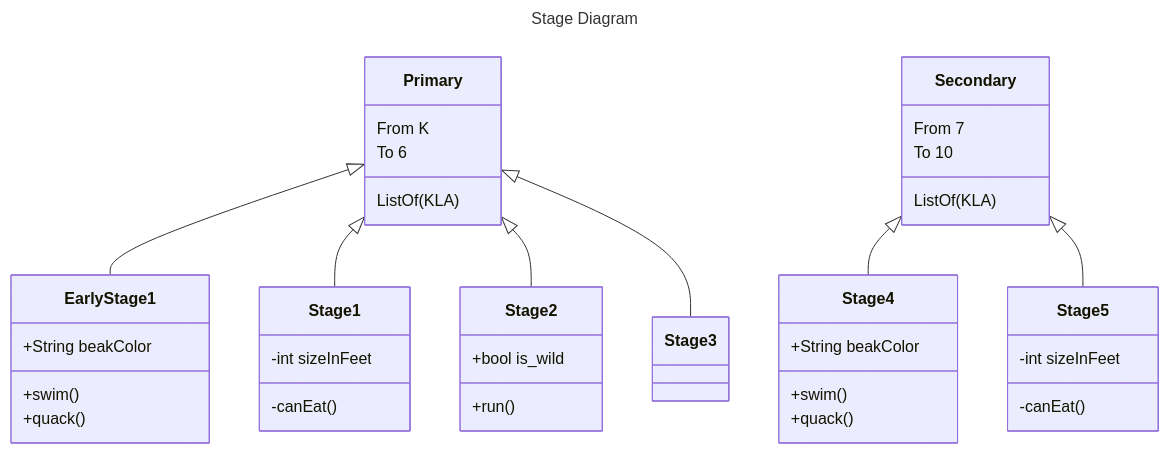
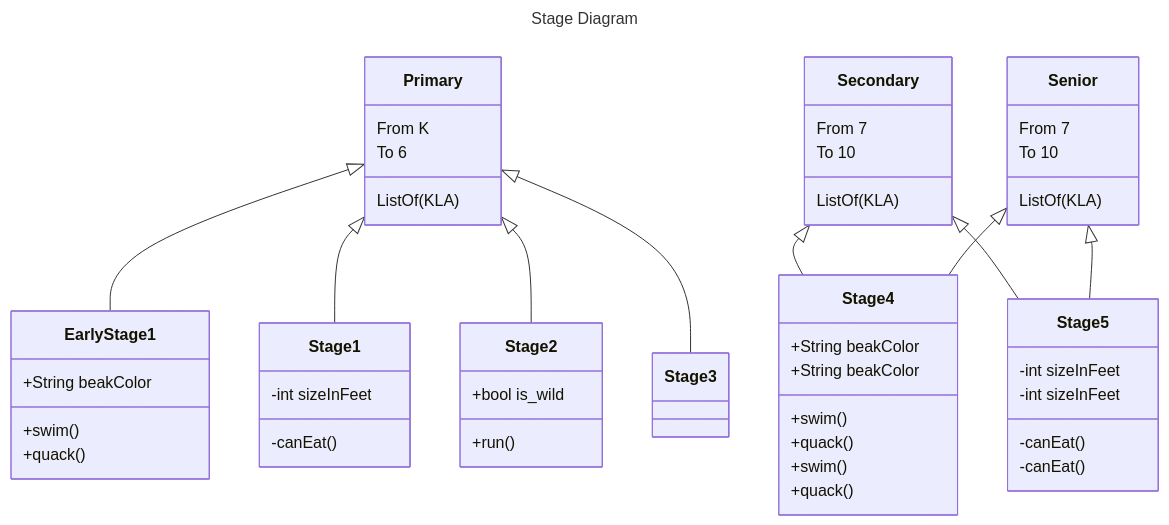
The diagram in README.md (librelab/gurukul), drawn with Mermaid before and after one commit.

````diff
--- a/README.md
+++ b/README.md
@@ -55,40 +55,54 @@
 ```mermaid
 ---
 title: Stage Diagram
 ---
 classDiagram
     Primary <|-- Early Stage1
     Primary <|-- Stage1
     Primary <|-- Stage2
 	Primary <|-- Stage3
     Primary : From K
     Primary : To 6
     Primary: ListOf(KLA)
     class Early Stage1{
       +String beakColor
       +swim()
       +quack()
     }
     class Stage1{
       -int sizeInFeet
       -canEat()
     }
     class Stage2{
       +bool is_wild
       +run()
     }	
 	Secondary <|-- Stage4
     Secondary <|-- Stage5
     Secondary : From 7
     Secondary : To 10
     Secondary: ListOf(KLA)
     class Stage4{
       +String beakColor
       +swim()
       +quack()
     }
     class Stage5{
       -int sizeInFeet
       -canEat()
     }
+	Senior <|-- Stage4
+    Senior <|-- Stage5
+    Senior : From 7
+    Senior : To 10
+    Senior: ListOf(KLA)
+    class Stage4{
+      +String beakColor
+      +swim()
+      +quack()
+    }
+    class Stage5{
+      -int sizeInFeet
+      -canEat()
+    }
 ```
````
